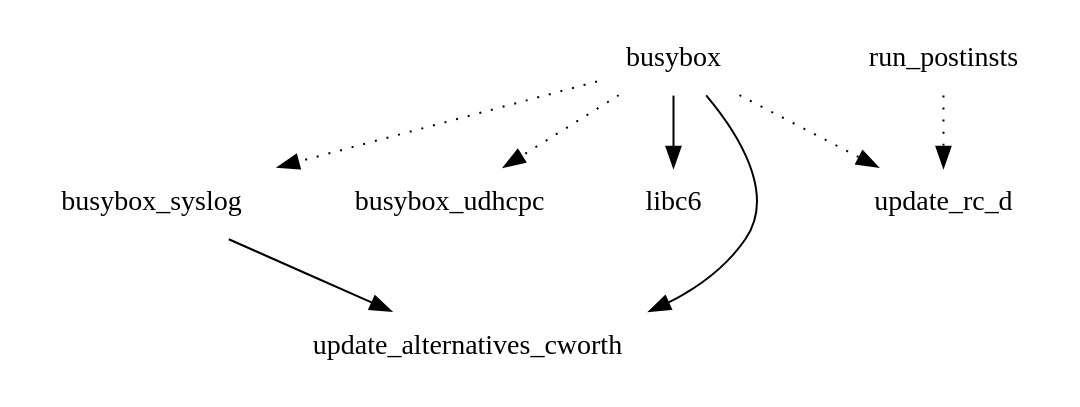
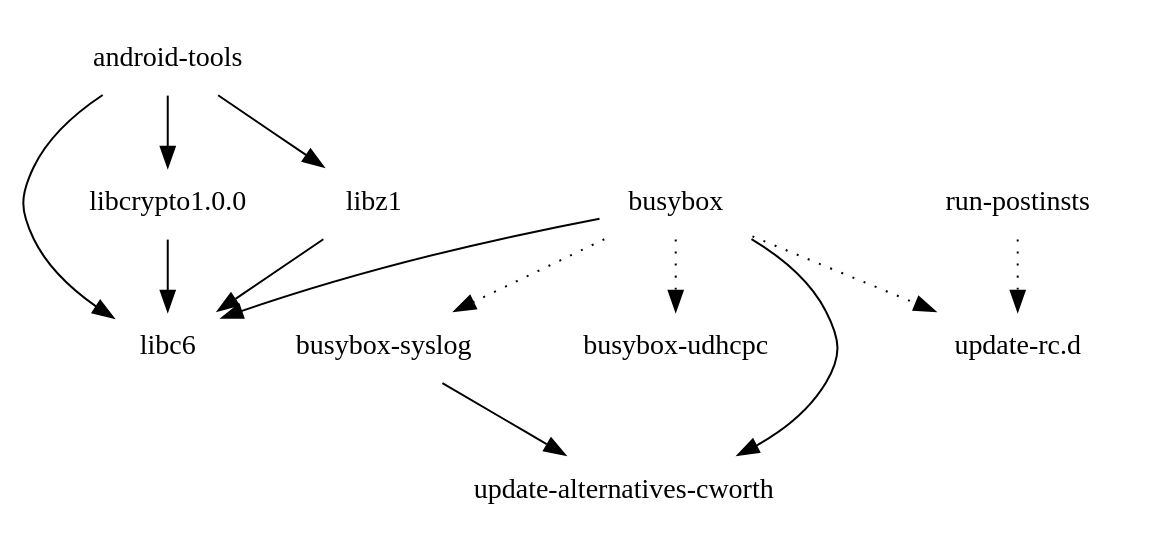
One commit to shr-distribution/buildhistory-old changed the diagram in images/maguro/eglibc/chroot-image/depends-nokernel.dot. Above: the diagram before and after it, drawn with Graphviz. The commit also changed 10 other files, not shown here.

```diff
--- a/images/maguro/eglibc/chroot-image/depends-nokernel.dot
+++ b/images/maguro/eglibc/chroot-image/depends-nokernel.dot
@@ -1,10 +1,15 @@
 digraph depends {
     node [shape=plaintext]
-busybox -> busybox_syslog [style=dotted];
-busybox -> busybox_udhcpc [style=dotted];
-busybox -> libc6;
-busybox -> update_alternatives_cworth;
-busybox -> update_rc_d [style=dotted];
-busybox_syslog -> update_alternatives_cworth;
-run_postinsts -> update_rc_d [style=dotted];
+"android-tools" -> "libc6";
+"android-tools" -> "libcrypto1.0.0";
+"android-tools" -> "libz1";
+"busybox" -> "busybox-syslog" [style=dotted];
+"busybox" -> "busybox-udhcpc" [style=dotted];
+"busybox" -> "libc6";
+"busybox" -> "update-alternatives-cworth";
+"busybox" -> "update-rc.d" [style=dotted];
+"busybox-syslog" -> "update-alternatives-cworth";
+"libcrypto1.0.0" -> "libc6";
+"libz1" -> "libc6";
+"run-postinsts" -> "update-rc.d" [style=dotted];
 }
```
